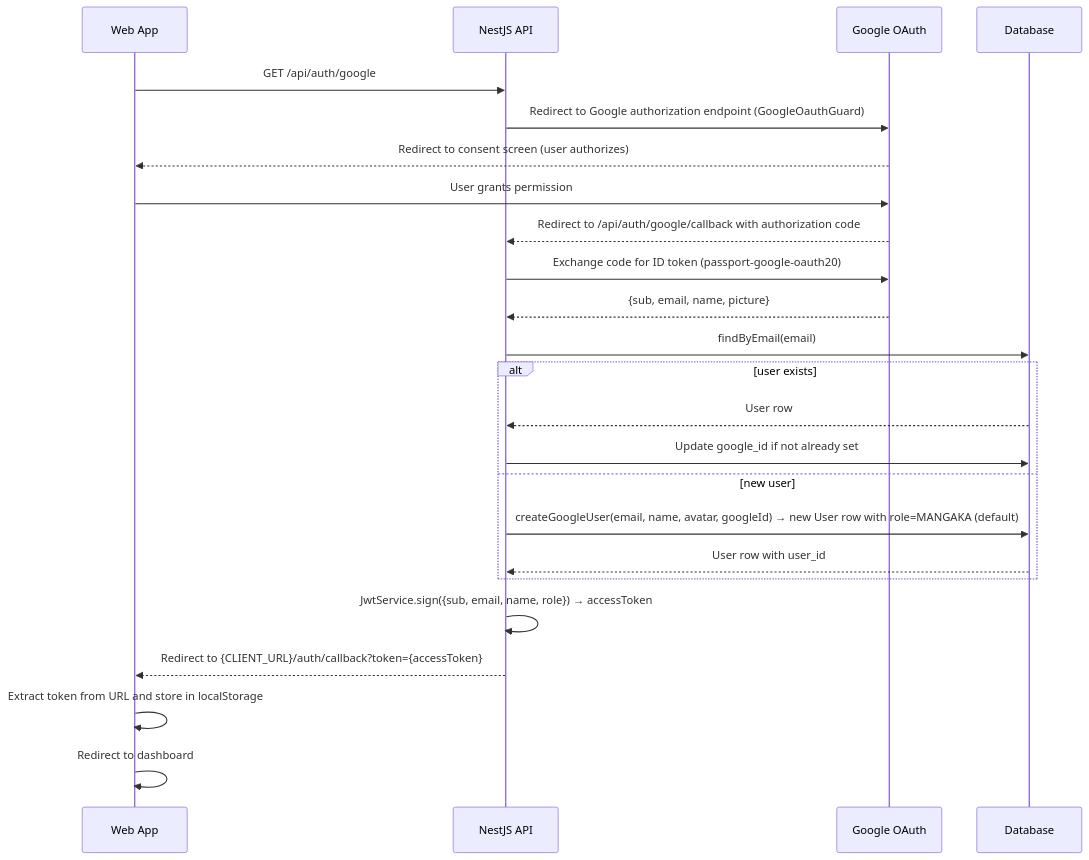
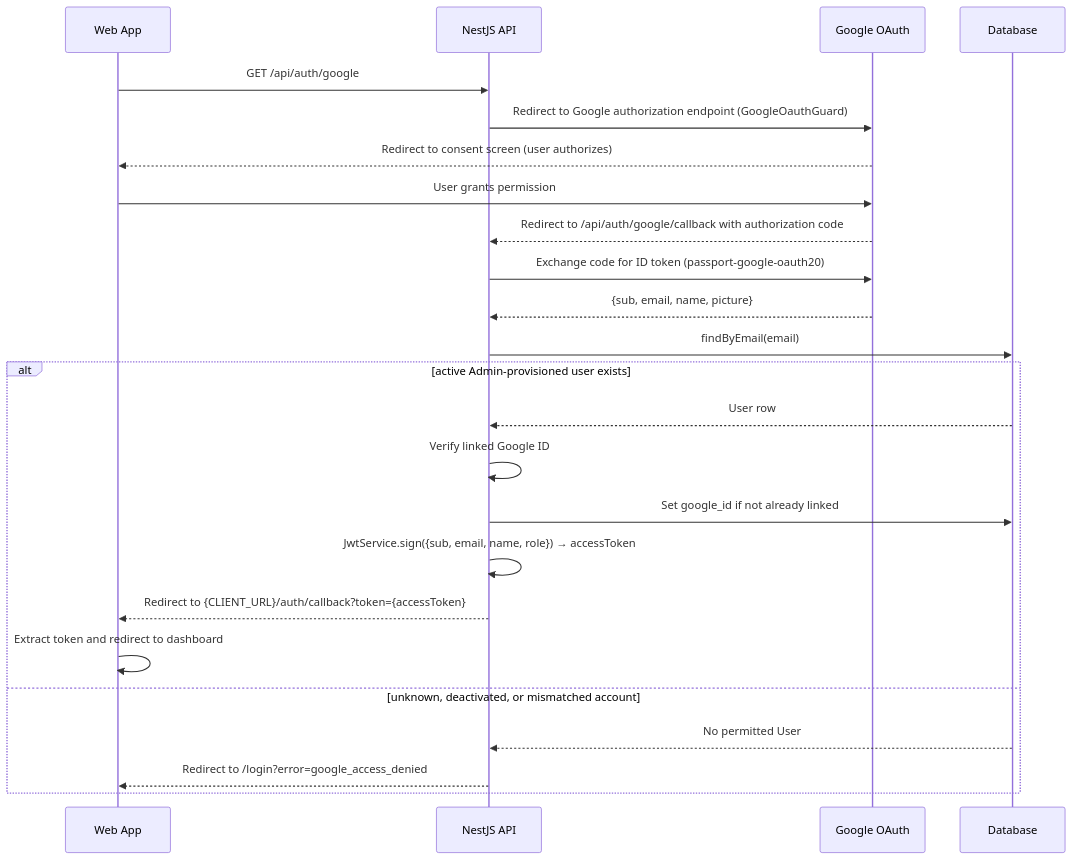
Before and after one commit to zun3007/Manga-Creation-Workflow-and-Publishing-Management-System: the second of 2 diagrams in documents/02-architecture/04-security-and-rbac.md, drawn with Mermaid. The commit also changed other lines of this file and 9 other files, not shown here.

First line of the commit message:
feat(auth): gate Google login to internal users

````diff
--- a/documents/02-architecture/04-security-and-rbac.md
+++ b/documents/02-architecture/04-security-and-rbac.md
@@ -100,29 +100,28 @@
 ```mermaid
 sequenceDiagram
   participant Web as Web App
   participant API as NestJS API
   participant Google as Google OAuth
   participant DB as Database
   
   Web->>API: GET /api/auth/google
   API->>Google: Redirect to Google authorization endpoint (GoogleOauthGuard)
   Google-->>Web: Redirect to consent screen (user authorizes)
   Web->>Google: User grants permission
   Google-->>API: Redirect to /api/auth/google/callback with authorization code
   API->>Google: Exchange code for ID token (passport-google-oauth20)
   Google-->>API: {sub, email, name, picture}
   
   API->>DB: findByEmail(email)
-  alt user exists
+  alt active Admin-provisioned user exists
     DB-->>API: User row
-    API->>DB: Update google_id if not already set
-  else new user
-    API->>DB: createGoogleUser(email, name, avatar, googleId) → new User row with role=MANGAKA (default)
-    DB-->>API: User row with user_id
+    API->>API: Verify linked Google ID
+    API->>DB: Set google_id if not already linked
+    API->>API: JwtService.sign({sub, email, name, role}) → accessToken
+    API-->>Web: Redirect to {CLIENT_URL}/auth/callback?token={accessToken}
+    Web->>Web: Extract token and redirect to dashboard
+  else unknown, deactivated, or mismatched account
+    DB-->>API: No permitted User
+    API-->>Web: Redirect to /login?error=google_access_denied
   end
-  
-  API->>API: JwtService.sign({sub, email, name, role}) → accessToken
-  API-->>Web: Redirect to {CLIENT_URL}/auth/callback?token={accessToken}
-  Web->>Web: Extract token from URL and store in localStorage
-  Web->>Web: Redirect to dashboard
 ```
````
